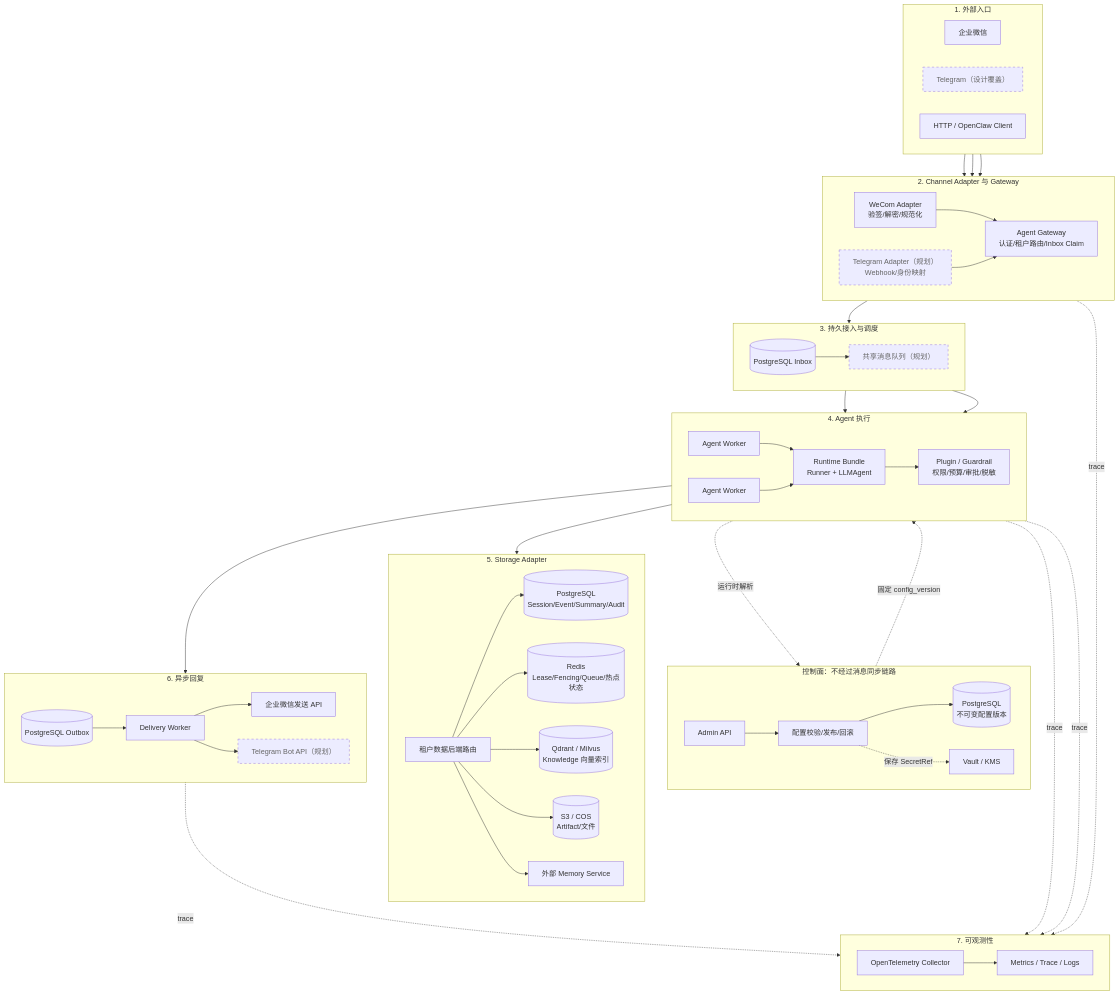
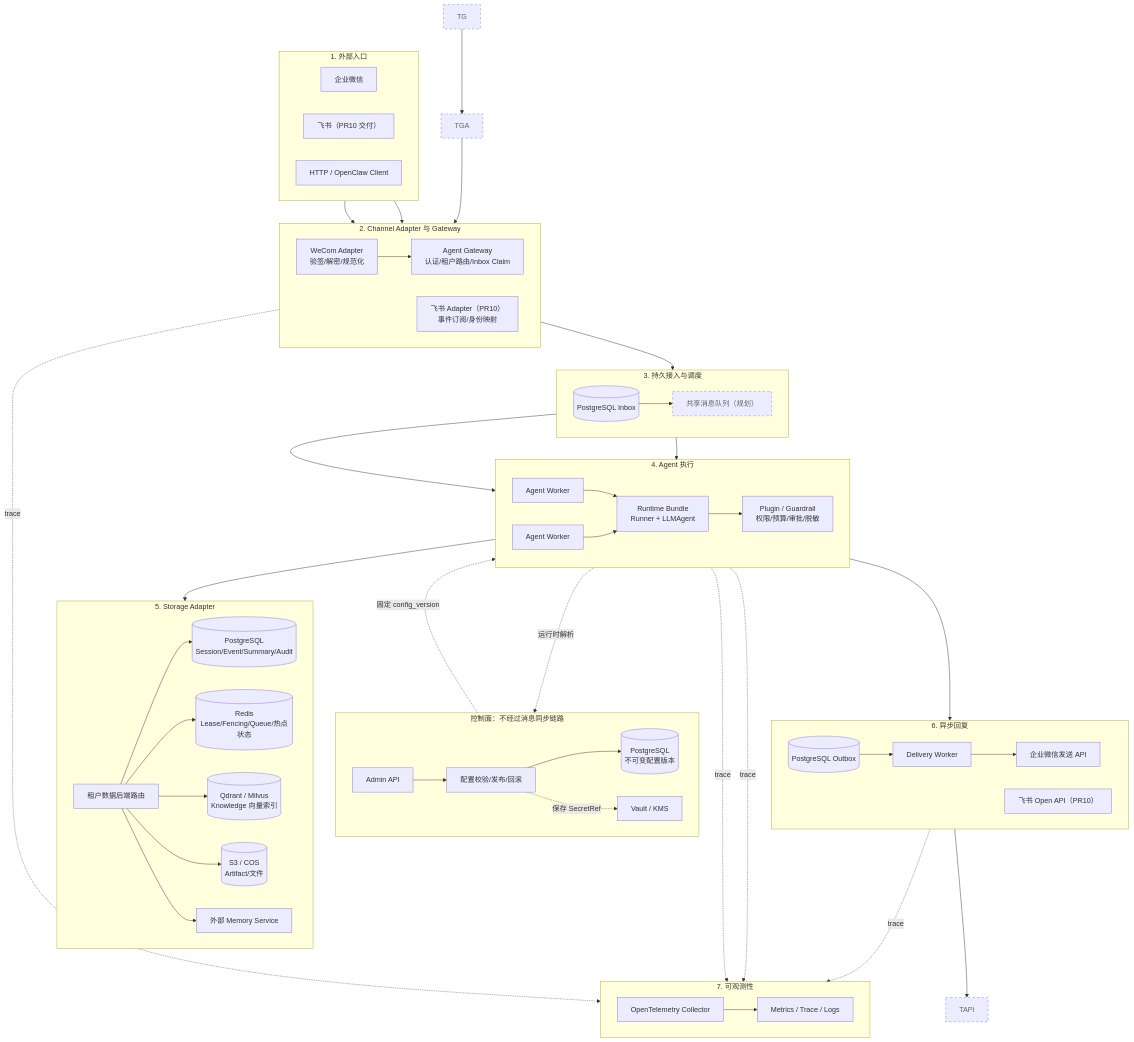
One commit to Skylm808/trpc-agent-service changed the first of 2 diagrams in docs/architecture.md. Above: the diagram before and after it, drawn with Mermaid. The commit also changed other lines of this file and 38 other files, not shown here.

```diff
--- a/docs/architecture.md
+++ b/docs/architecture.md
@@ -17,14 +17,14 @@
     subgraph IM["1. 外部入口"]
         direction LR
         WC[企业微信]
-        TG[Telegram（设计覆盖）]
+        FS[飞书（PR10 交付）]
         HC[HTTP / OpenClaw Client]
     end
 
     subgraph EDGE["2. Channel Adapter 与 Gateway"]
         direction LR
         WCA[WeCom Adapter<br/>验签/解密/规范化]
-        TGA[Telegram Adapter（规划）<br/>Webhook/身份映射]
+        FSA[飞书 Adapter（PR10）<br/>事件订阅/身份映射]
         GW[Agent Gateway<br/>认证/租户路由/Inbox Claim]
     end
 
@@ -65,7 +65,7 @@
         OUTBOX[(PostgreSQL Outbox)]
         OUT[Delivery Worker]
         WAPI[企业微信发送 API]
-        TAPI[Telegram Bot API（规划）]
+        FAPI[飞书 Open API（PR10）]
     end
 
     subgraph OBS["7. 可观测性"]
```
